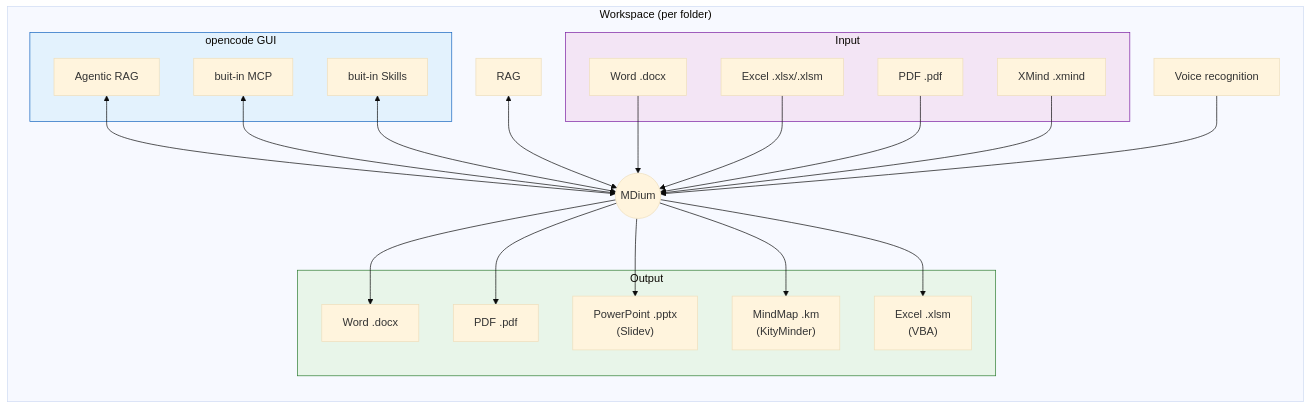
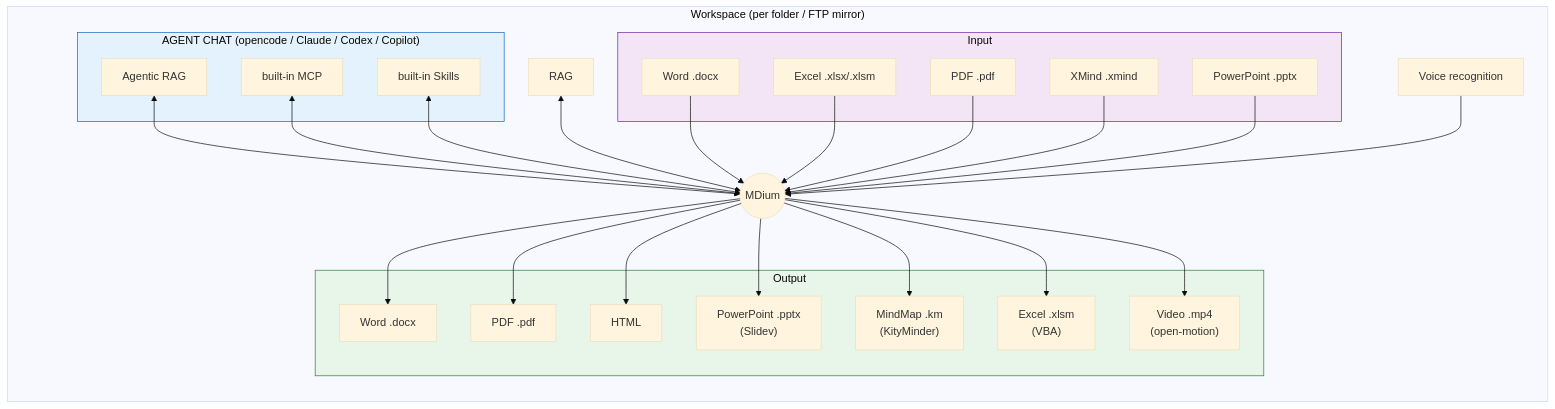
The diagram in README.md (straygizmo/mdium), drawn with Mermaid (base theme) before and after one commit. The commit also changed other lines of this file and 1 other file, not shown here.

````diff
--- a/README.md
+++ b/README.md
@@ -12,50 +12,56 @@
 ```mermaid
 graph LR
-    subgraph Workspace["Workspace (per folder)"]
+    subgraph Workspace["Workspace (per folder / FTP mirror)"]
 
         subgraph Input
             W_IN[Word .docx]
             E_IN["Excel .xlsx/.xlsm"]
             P_IN[PDF .pdf]
             X_IN[XMind .xmind]
+            PP_IN[PowerPoint .pptx]
         end
 
-        subgraph OC["opencode GUI"]
+        subgraph OC["AGENT CHAT (opencode / Claude / Codex / Copilot)"]
             F_CHAT[Agentic RAG]
-            F_MCP[buit-in MCP]
-            F_SKL[buit-in Skills]
+            F_MCP[built-in MCP]
+            F_SKL[built-in Skills]
         end
 
         R[RAG]
         V_IN[Voice recognition]
         M((MDium))
 
         subgraph Output
             W_OUT[Word .docx]
             P_OUT[PDF .pdf]
+            H_OUT[HTML]
             S_OUT["PowerPoint .pptx<br/>(Slidev)"]
             K_OUT["MindMap .km<br/>(KityMinder)"]
             V_OUT["Excel .xlsm<br/>(VBA)"]
+            MV_OUT["Video .mp4<br/>(open-motion)"]
         end
 
         F_CHAT <--> M
         F_MCP<--> M
         F_SKL<--> M
         R <--> M
         W_IN --> M
         E_IN --> M
         P_IN --> M
         X_IN --> M
+        PP_IN --> M
         M --> W_OUT
         M --> P_OUT
+        M --> H_OUT
         M --> S_OUT
         M --> K_OUT
         M --> V_OUT
+        M --> MV_OUT
         V_IN --> M
 
     end
 
     style Input fill:#f3e5f5,stroke:#7b1fa2
     style Output fill:#e8f5e9,stroke:#2e7d32
     style OC fill:#e3f2fd,stroke:#1565c0
 ```
````
